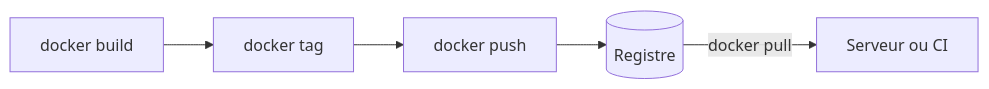
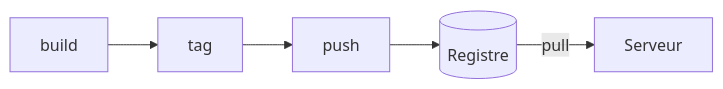
The diagram in 03 — Concepts/Registre Docker.md (galsen-76/Informatique-), drawn with Mermaid before and after one commit. The commit also changed 10 other files, not shown here.

First line of the commit message:
Concepts : diagrammes Mermaid raccourcis pour tenir en largeur

````diff
--- a/03 — Concepts/Registre Docker.md
+++ b/03 — Concepts/Registre Docker.md
@@ -41,5 +41,5 @@
 ```mermaid
 flowchart LR
-  B[docker build] --> T[docker tag] --> P[docker push] --> Reg[(Registre)]
-  Reg -- docker pull --> S[Serveur ou CI]
+  B[build] --> T[tag] --> P[push] --> Reg[(Registre)]
+  Reg -- pull --> S[Serveur]
 ```
````
